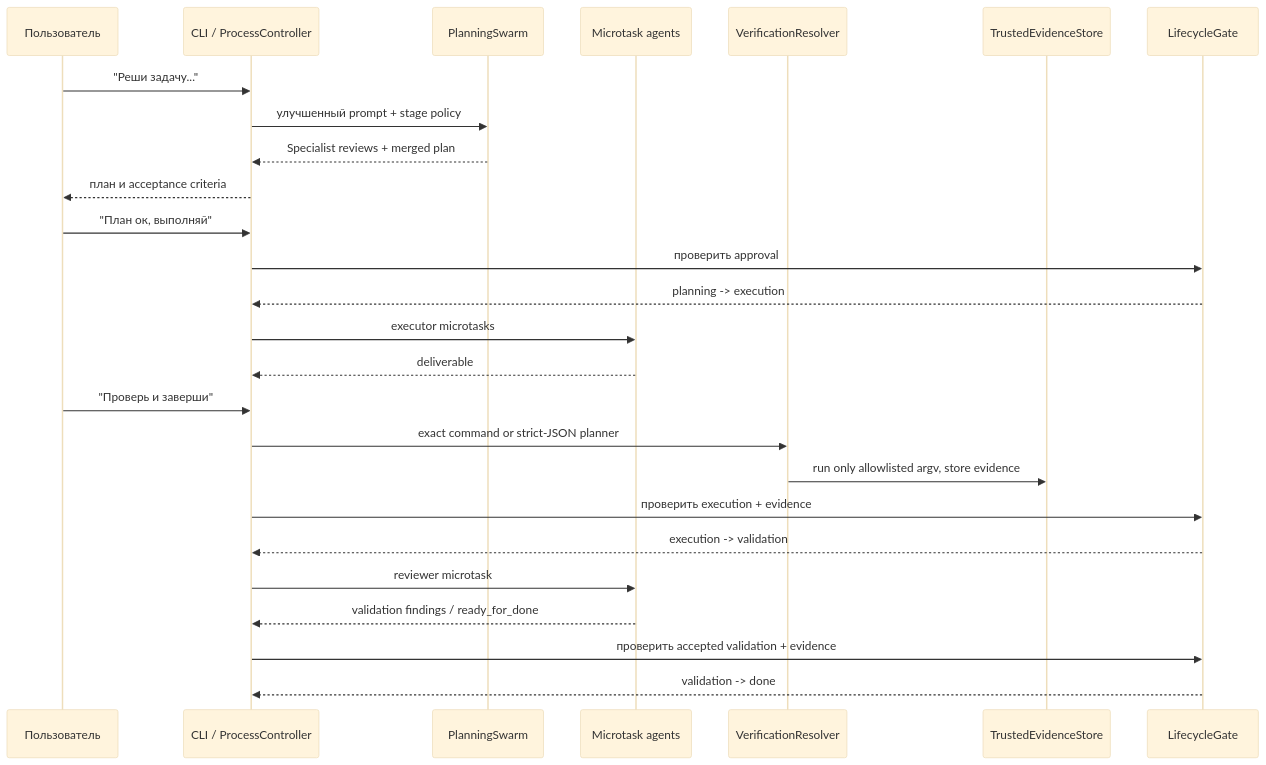
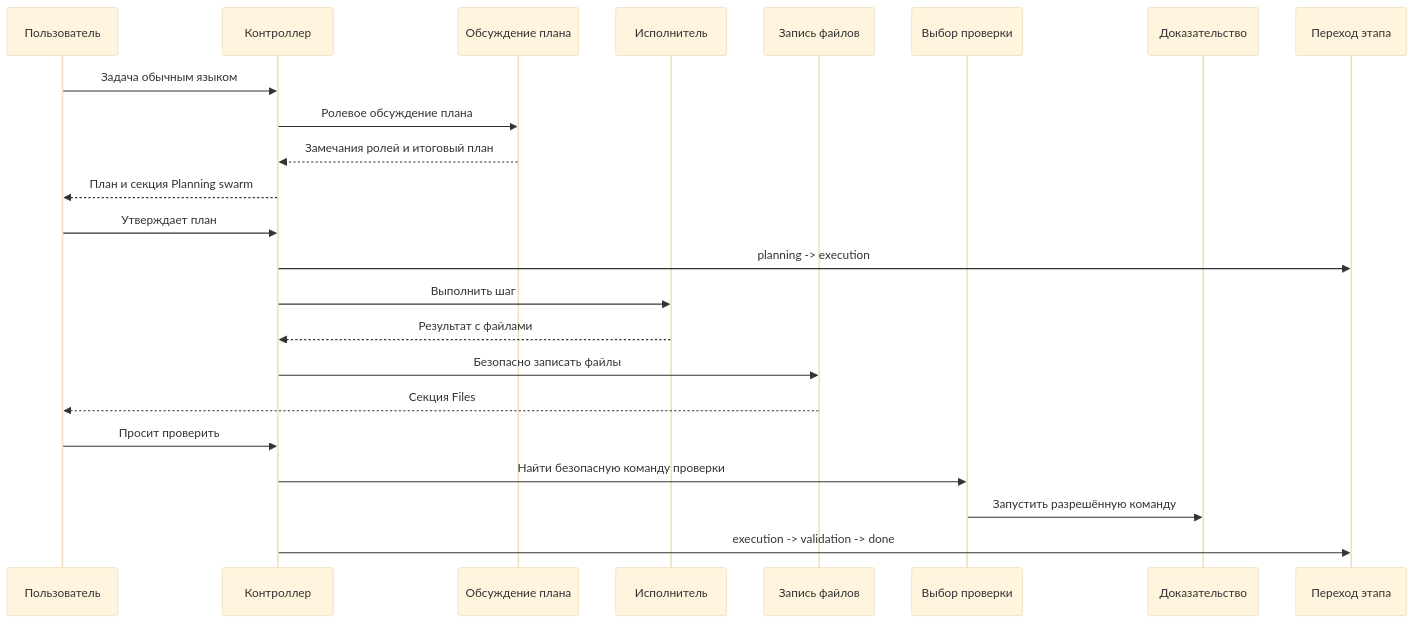
The sixth of 6 diagrams in README.md (nikbrik/coding_writer), drawn with Mermaid (base theme) before and after one commit. The commit also changed other lines of this file and 10 other files, not shown here.

````diff
--- a/README.md
+++ b/README.md
@@ -551,29 +143,26 @@
 ```mermaid
 sequenceDiagram
     participant U as Пользователь
-    participant C as CLI / ProcessController
-    participant P as PlanningSwarm
-    participant A as Microtask agents
-    participant R as VerificationResolver
-    participant E as TrustedEvidenceStore
-    participant G as LifecycleGate
+    participant C as Контроллер
+    participant P as Обсуждение плана
+    participant A as Исполнитель
+    participant F as Запись файлов
+    participant V as Выбор проверки
+    participant E as Доказательство
+    participant G as Переход этапа
 
-    U->>C: "Реши задачу..."
-    C->>P: улучшенный prompt + stage policy
-    P-->>C: Specialist reviews + merged plan
-    C-->>U: план и acceptance criteria
-    U->>C: "План ок, выполняй"
-    C->>G: проверить approval
-    G-->>C: planning -> execution
-    C->>A: executor microtasks
-    A-->>C: deliverable
-    U->>C: "Проверь и заверши"
-    C->>R: exact command or strict-JSON planner
-    R->>E: run only allowlisted argv, store evidence
-    C->>G: проверить execution + evidence
-    G-->>C: execution -> validation
-    C->>A: reviewer microtask
-    A-->>C: validation findings / ready_for_done
-    C->>G: проверить accepted validation + evidence
-    G-->>C: validation -> done
+    U->>C: Задача обычным языком
+    C->>P: Ролевое обсуждение плана
+    P-->>C: Замечания ролей и итоговый план
+    C-->>U: План и секция Planning swarm
+    U->>C: Утверждает план
+    C->>G: planning -> execution
+    C->>A: Выполнить шаг
+    A-->>C: Результат с файлами
+    C->>F: Безопасно записать файлы
+    F-->>U: Секция Files
+    U->>C: Просит проверить
+    C->>V: Найти безопасную команду проверки
+    V->>E: Запустить разрешённую команду
+    C->>G: execution -> validation -> done
 ```
````
